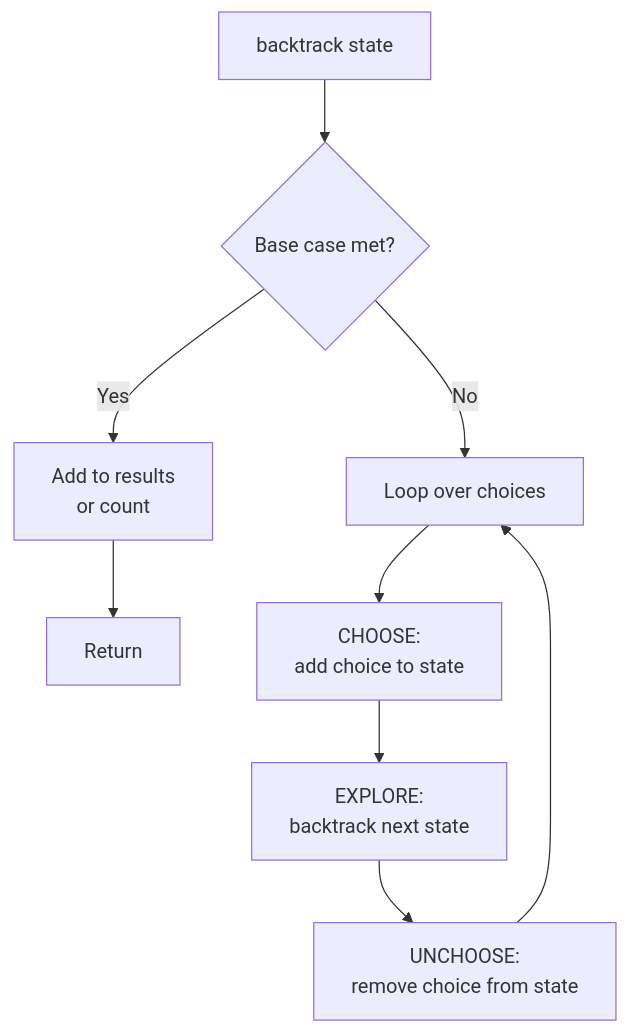
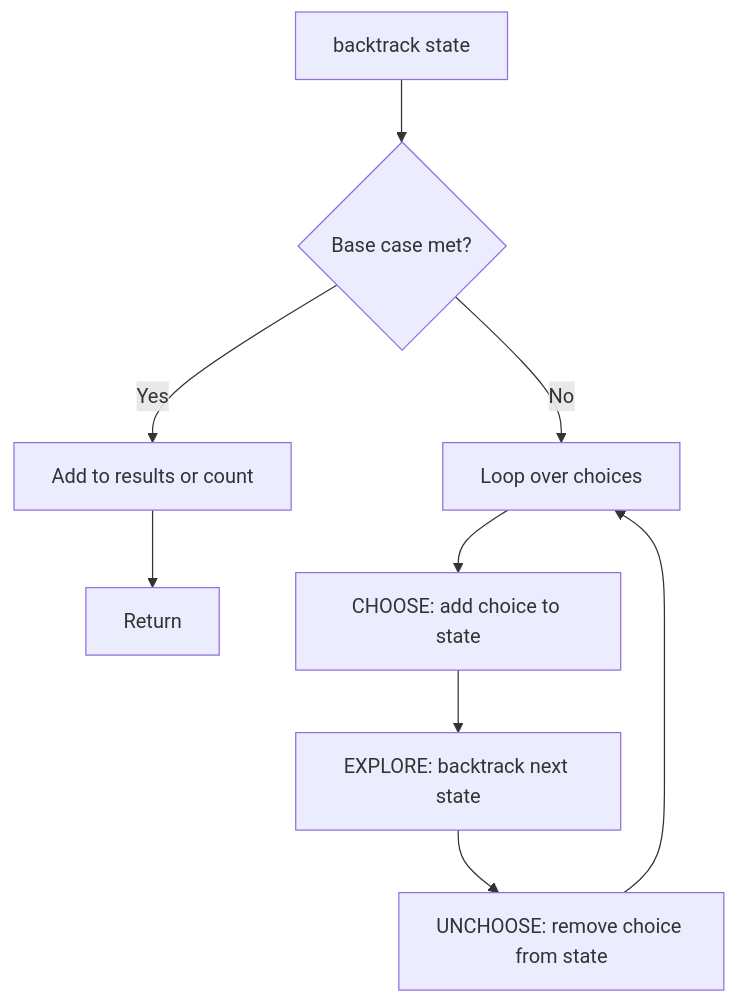
Before and after one commit to deepanshu-rawat6/AlgoAtlas: the second of 7 diagrams in backtracking/README.md, drawn with Mermaid. The commit also changed other lines of this file and 13 other files, not shown here.

````diff
--- a/backtracking/README.md
+++ b/backtracking/README.md
@@ -70,11 +70,11 @@
 ```mermaid
 flowchart TD
     A[backtrack state] --> B{"Base case met?"}
-    B -- Yes --> C[Add to results<br>or count]
+    B -- Yes --> C[Add to results or count]
     B -- No --> D[Loop over choices]
-    D --> E[CHOOSE:<br>add choice to state]
-    E --> F[EXPLORE:<br>backtrack next state]
-    F --> G[UNCHOOSE:<br>remove choice from state]
+    D --> E[CHOOSE: add choice to state]
+    E --> F[EXPLORE: backtrack next state]
+    F --> G[UNCHOOSE: remove choice from state]
     G --> D
     C --> H[Return]
 ```
````
